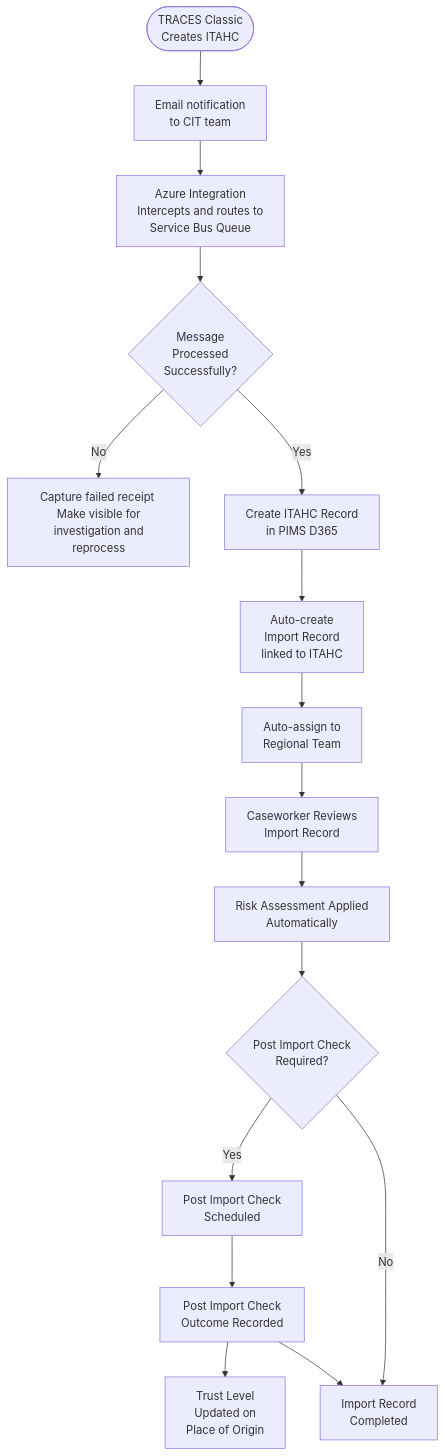
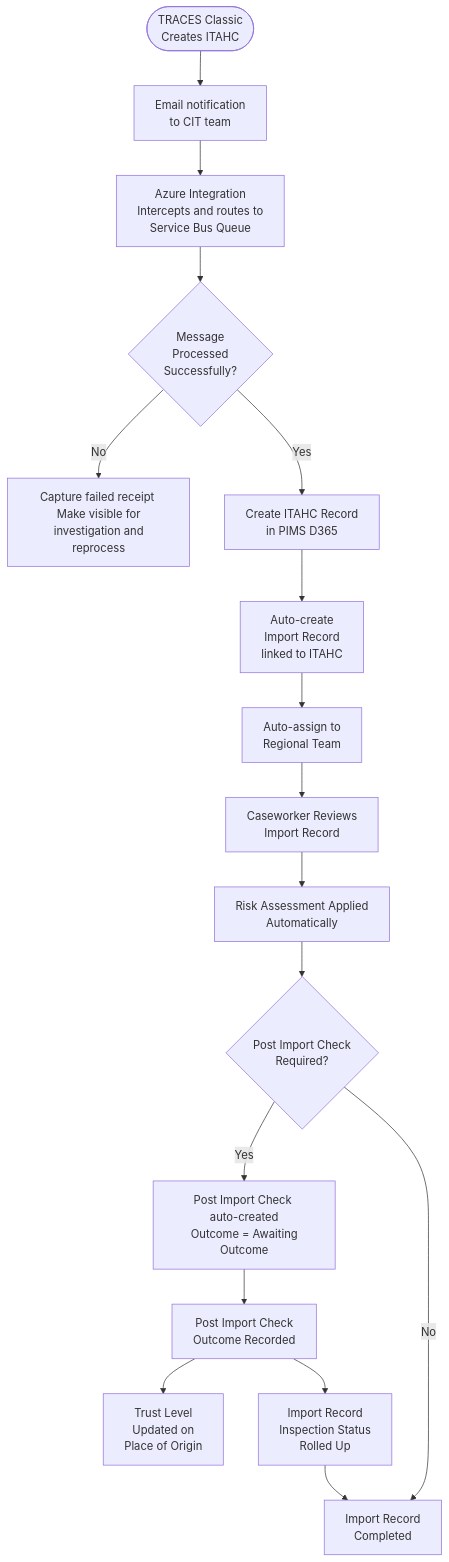
Before and after one commit to DEFRA/trade-imports-pims: the first of 7 diagrams in docs/requirements/diagrams/process-flows.md, drawn with Mermaid. The commit also changed 8 other files, not shown here.

````diff
--- a/docs/requirements/diagrams/process-flows.md
+++ b/docs/requirements/diagrams/process-flows.md
@@ -9,18 +9,19 @@
 ```mermaid
 flowchart TD
     A([TRACES Classic <br/> Creates ITAHC]) --> B[Email notification <br/> to CIT team]
     B --> C[Azure Integration <br/> Intercepts and routes to <br/> Service Bus Queue]
     C --> D{Message <br/> Processed <br/> Successfully?}
     D -->|No| E[Capture failed receipt <br/> Make visible for <br/> investigation and reprocess]
     D -->|Yes| F[Create ITAHC Record <br/> in PIMS D365]
     F --> G[Auto-create <br/> Import Record <br/> linked to ITAHC]
     G --> H[Auto-assign to <br/> Regional Team]
     H --> I[Caseworker Reviews <br/> Import Record]
     I --> J[Risk Assessment Applied <br/> Automatically]
     J --> K{Post Import Check <br/> Required?}
-    K -->|Yes| L[Post Import Check <br/> Scheduled]
+    K -->|Yes| L[Post Import Check <br/> auto-created <br/> Outcome = Awaiting Outcome]
     K -->|No| M[Import Record <br/> Completed]
     L --> N[Post Import Check <br/> Outcome Recorded]
     N --> O[Trust Level <br/> Updated on <br/> Place of Origin]
-    N --> M
+    N --> P[Import Record <br/> Inspection Status <br/> Rolled Up]
+    P --> M
 ```
````
